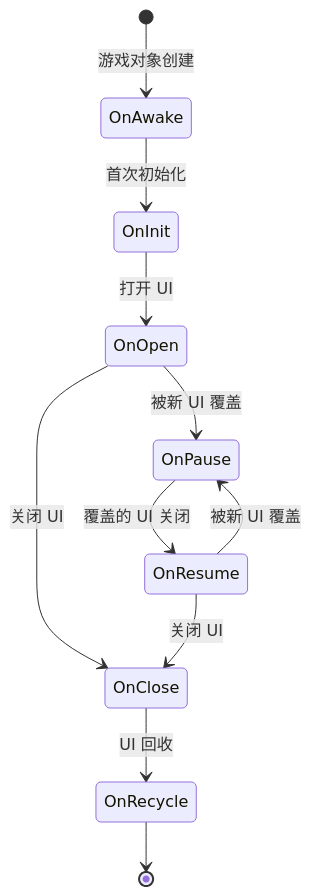
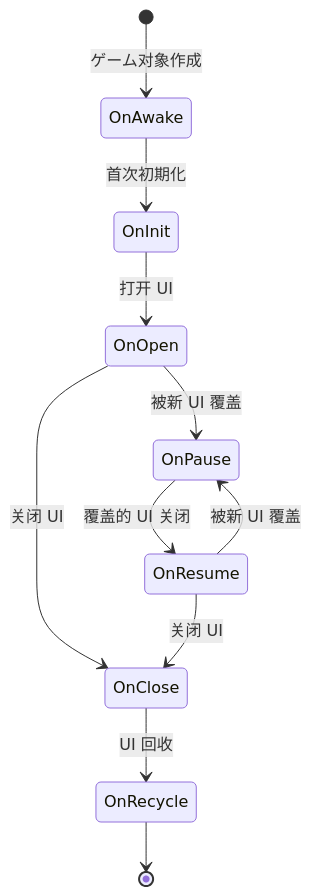
The second of 3 diagrams in docs/ja/client/unity/component/ui/03.getting-started.md (AlianBlank/GameFrameX.Docs), drawn with Mermaid before and after one commit. The commit also changed other lines of this file and 603 other files, not shown here.

````diff
--- a/docs/ja/client/unity/component/ui/03.getting-started.md
+++ b/docs/ja/client/unity/component/ui/03.getting-started.md
@@ -164,13 +164,13 @@
 ```mermaid
 stateDiagram-v2
-    [*] --> OnAwake: 游戏对象创建
-    OnAwake --> OnInit: 首次初始化
+    [*] --> OnAwake: ゲーム对象作成
+    OnAwake --> OnInit: 首次初期化
     OnInit --> OnOpen: 打开 UI
     OnOpen --> OnPause: 被新 UI 覆盖
     OnPause --> OnResume: 覆盖的 UI 关闭
     OnResume --> OnPause: 被新 UI 覆盖
     OnOpen --> OnClose: 关闭 UI
     OnResume --> OnClose: 关闭 UI
     OnClose --> OnRecycle: UI 回收
     OnRecycle --> [*]
 ```
````
